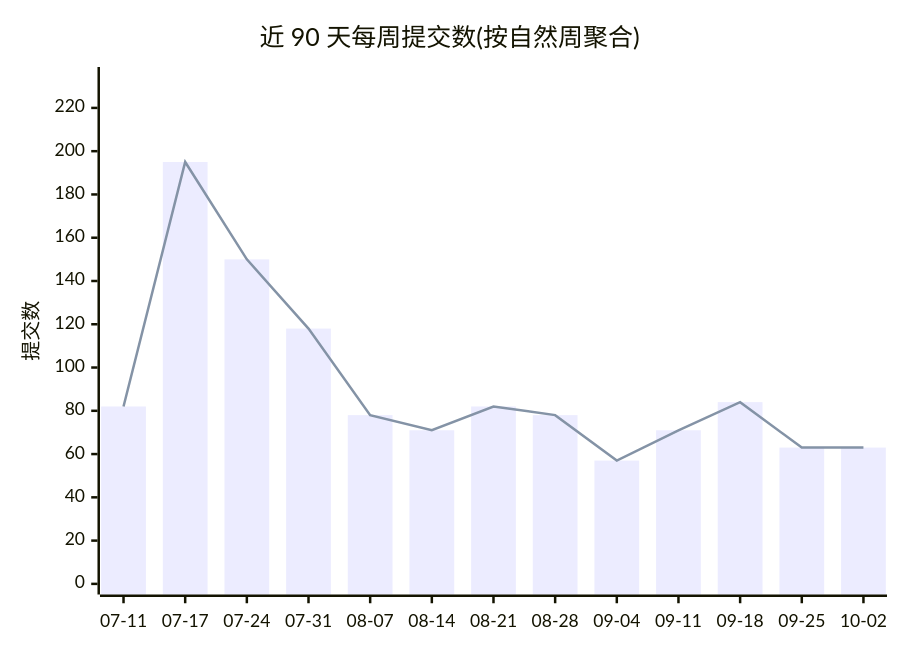
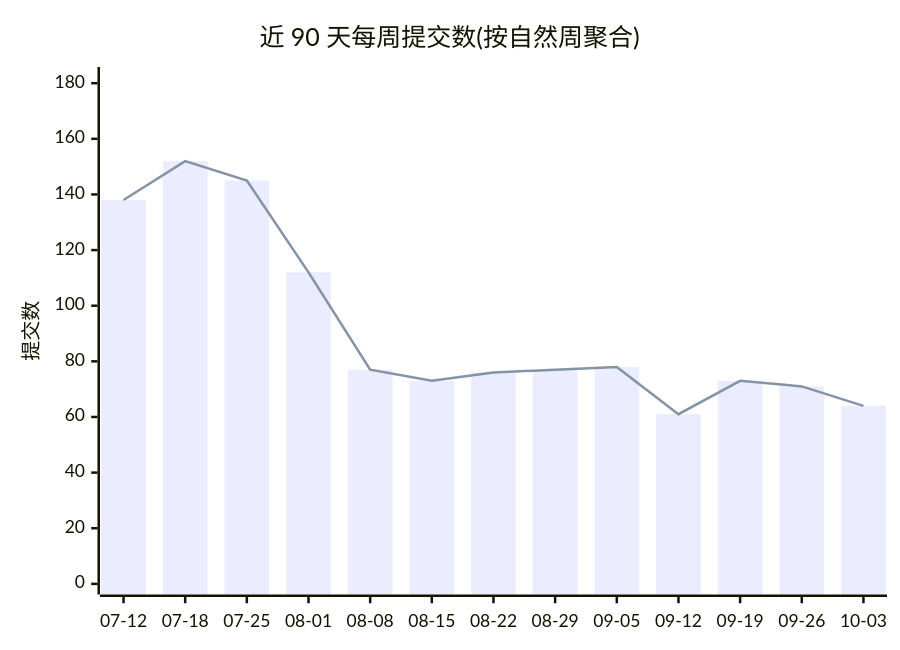
The first of 2 diagrams in profile/README.md (Conflux-Union/.github), drawn with Mermaid before and after one commit. The commit also changed other lines of this file and 1 other file, not shown here.

````diff
--- a/profile/README.md
+++ b/profile/README.md
@@ -44,8 +44,8 @@
 ```mermaid
 xychart-beta
     title "近 90 天每周提交数(按自然周聚合)"
-    x-axis ["07-11", "07-17", "07-24", "07-31", "08-07", "08-14", "08-21", "08-28", "09-04", "09-11", "09-18", "09-25", "10-02"]
-    y-axis "提交数" 0 --> 234
-    bar [82, 195, 150, 118, 78, 71, 82, 78, 57, 71, 84, 63, 63]
-    line [82, 195, 150, 118, 78, 71, 82, 78, 57, 71, 84, 63, 63]
+    x-axis ["07-12", "07-18", "07-25", "08-01", "08-08", "08-15", "08-22", "08-29", "09-05", "09-12", "09-19", "09-26", "10-03"]
+    y-axis "提交数" 0 --> 182
+    bar [138, 152, 145, 112, 77, 73, 76, 77, 78, 61, 73, 71, 64]
+    line [138, 152, 145, 112, 77, 73, 76, 77, 78, 61, 73, 71, 64]
 ```
````
